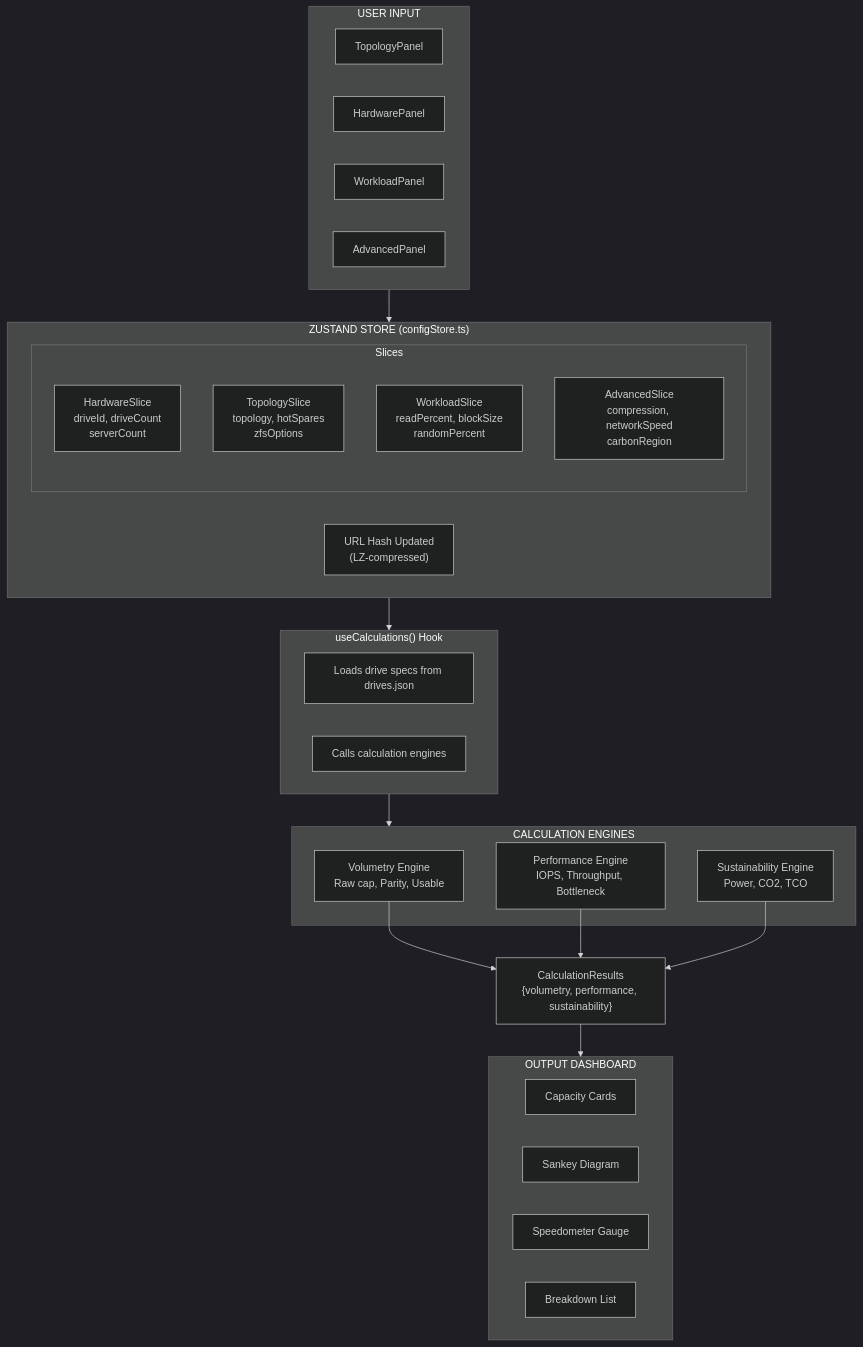
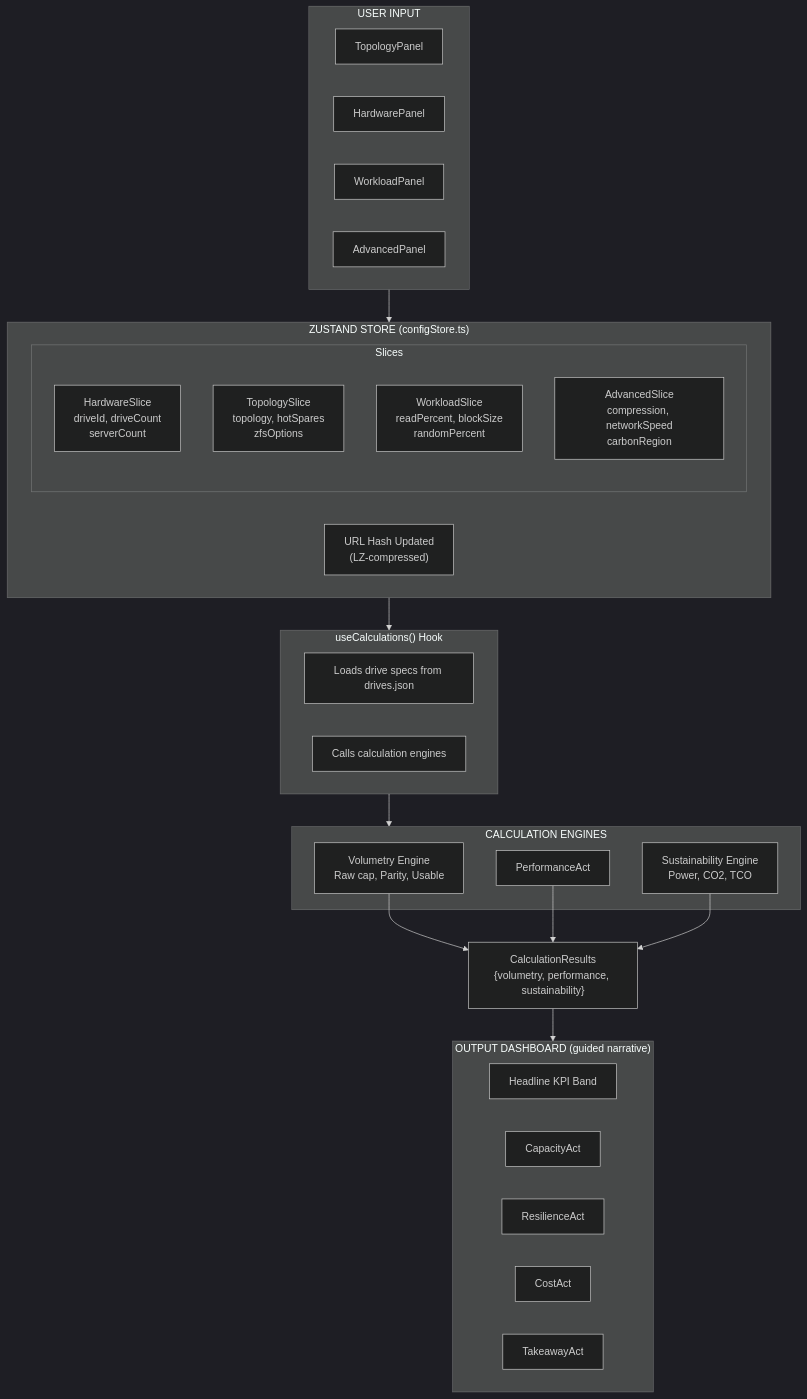
Before and after one commit to fjacquet/raidy: the first of 3 diagrams in docs/ARCHITECTURE.md, drawn with Mermaid (dark theme). The commit also changed other lines of this file and 2 other files, not shown here.

First line of the commit message:
docs: sync architecture/readme/changelog with narrative dashboard

````diff
--- a/docs/ARCHITECTURE.md
+++ b/docs/ARCHITECTURE.md
@@ -69,47 +80,49 @@
 ```mermaid
 flowchart TB
     subgraph Input["USER INPUT"]
         TopologyPanel
         HardwarePanel
         WorkloadPanel
         AdvancedPanel
     end
 
     subgraph Store["ZUSTAND STORE (configStore.ts)"]
         subgraph Slices
             HW["HardwareSlice<br/>driveId, driveCount<br/>serverCount"]
             TP["TopologySlice<br/>topology, hotSpares<br/>zfsOptions"]
             WL["WorkloadSlice<br/>readPercent, blockSize<br/>randomPercent"]
             AD["AdvancedSlice<br/>compression, networkSpeed<br/>carbonRegion"]
         end
         URL["URL Hash Updated<br/>(LZ-compressed)"]
     end
 
     subgraph Calc["useCalculations() Hook"]
         Load["Loads drive specs from drives.json"]
         Call["Calls calculation engines"]
     end
 
     subgraph Engines["CALCULATION ENGINES"]
         Vol["Volumetry Engine<br/>Raw cap, Parity, Usable"]
         Perf["Performance Engine<br/>IOPS, Throughput, Bottleneck"]
         Sust["Sustainability Engine<br/>Power, CO2, TCO"]
     end
 
     Results["CalculationResults<br/>{volumetry, performance, sustainability}"]
 
-    subgraph Dashboard["OUTPUT DASHBOARD"]
-        Cards["Capacity Cards"]
-        Sankey["Sankey Diagram"]
-        Speedo["Speedometer Gauge"]
-        Breakdown["Breakdown List"]
+    subgraph Dashboard["OUTPUT DASHBOARD (guided narrative)"]
+        Headline["Headline KPI Band"]
+        Cap["CapacityAct"]
+        Perf["PerformanceAct"]
+        Res["ResilienceAct"]
+        Cost["CostAct"]
+        Take["TakeawayAct"]
     end
 
     Input --> Store
     Store --> Calc
     Calc --> Engines
     Vol --> Results
     Perf --> Results
     Sust --> Results
     Results --> Dashboard
 ```
````
